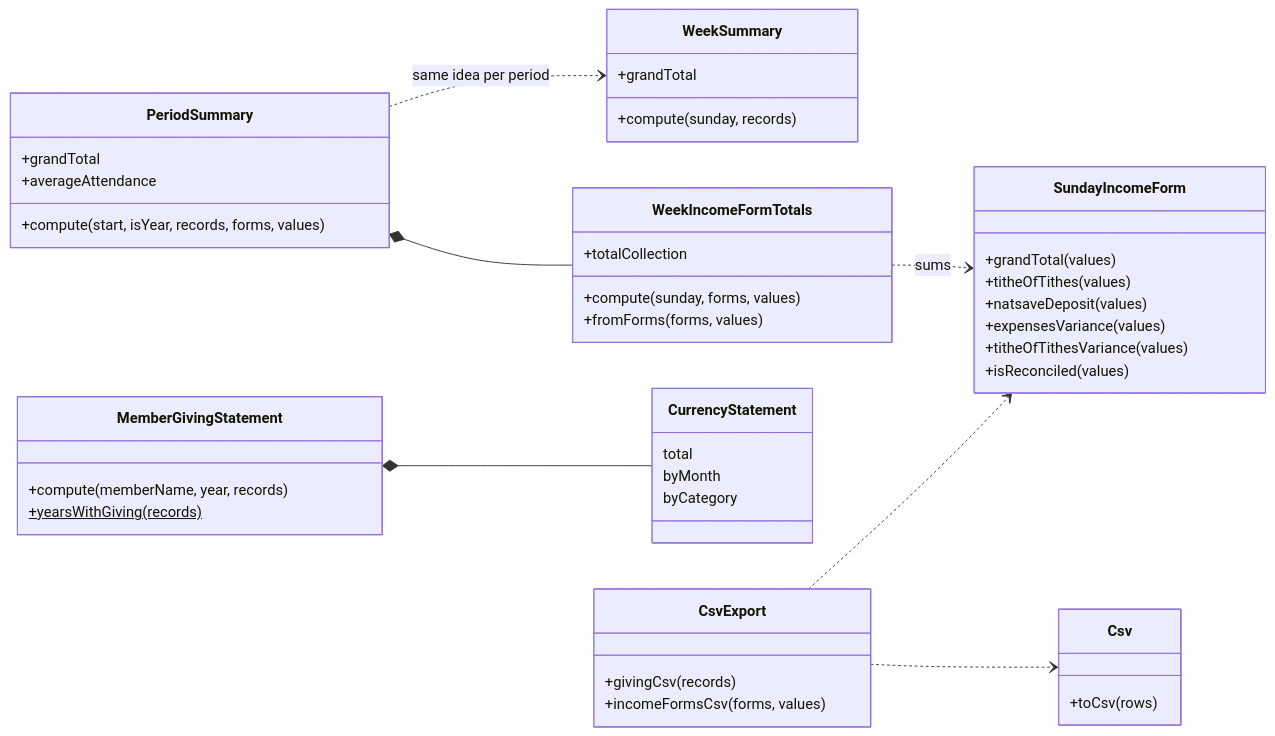
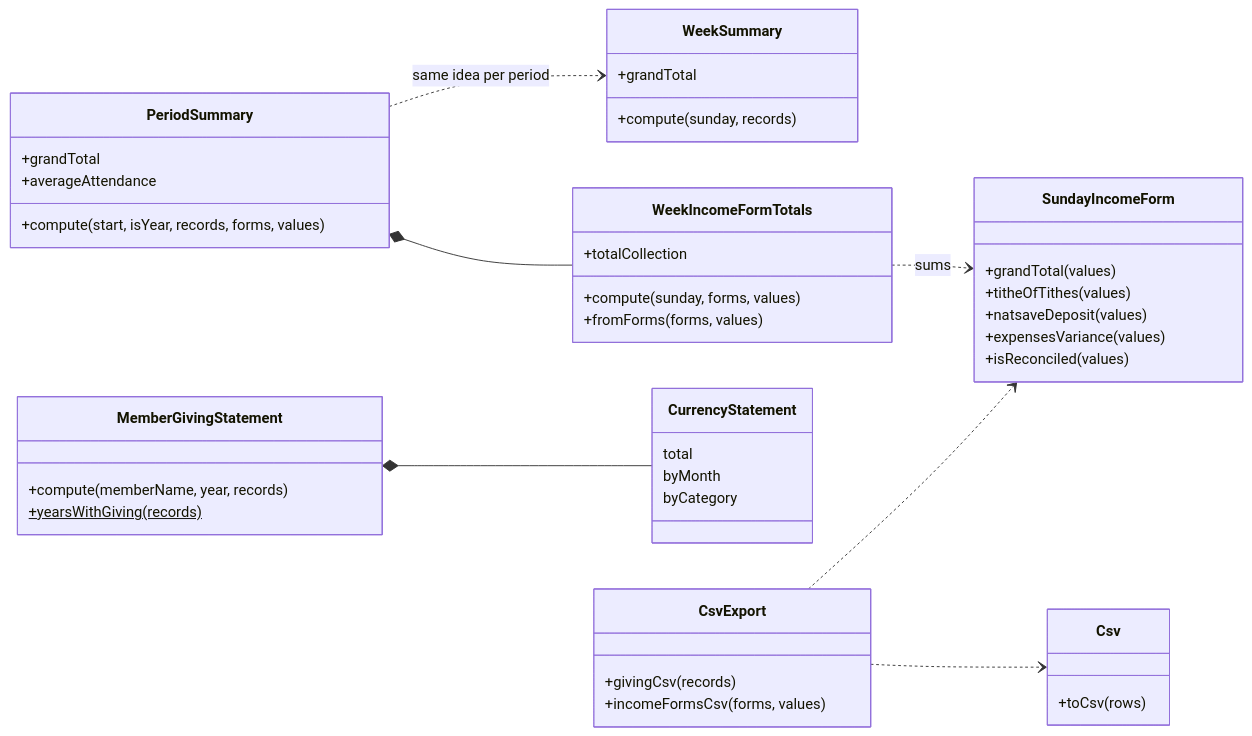
One commit to kasondebbuku-spec/Lukulu-Bread-of-Life-Church changed the fourth of 8 diagrams in docs/UML.md. Above: the diagram before and after it, drawn with Mermaid. The commit also changed other lines of this file and 15 other files, not shown here.

````diff
--- a/docs/UML.md
+++ b/docs/UML.md
@@ -280,49 +277,48 @@
 ```mermaid
 classDiagram
     direction LR
     class SundayIncomeForm {
         +grandTotal(values)
         +titheOfTithes(values)
         +natsaveDeposit(values)
         +expensesVariance(values)
-        +titheOfTithesVariance(values)
         +isReconciled(values)
     }
     class WeekSummary {
         +compute(sunday, records)
         +grandTotal
     }
     class WeekIncomeFormTotals {
         +compute(sunday, forms, values)
         +fromForms(forms, values)
         +totalCollection
     }
     class PeriodSummary {
         +compute(start, isYear, records, forms, values)
         +grandTotal
         +averageAttendance
     }
     class MemberGivingStatement {
         +compute(memberName, year, records)
         +yearsWithGiving(records)$
     }
     class CurrencyStatement {
         total
         byMonth
         byCategory
     }
     class CsvExport {
         +givingCsv(records)
         +incomeFormsCsv(forms, values)
     }
     class Csv {
         +toCsv(rows)
     }
 
     WeekIncomeFormTotals ..> SundayIncomeForm : sums
     PeriodSummary *-- WeekIncomeFormTotals
     PeriodSummary ..> WeekSummary : same idea per period
     MemberGivingStatement *-- CurrencyStatement
     CsvExport ..> Csv
     CsvExport ..> SundayIncomeForm
 ```
````
